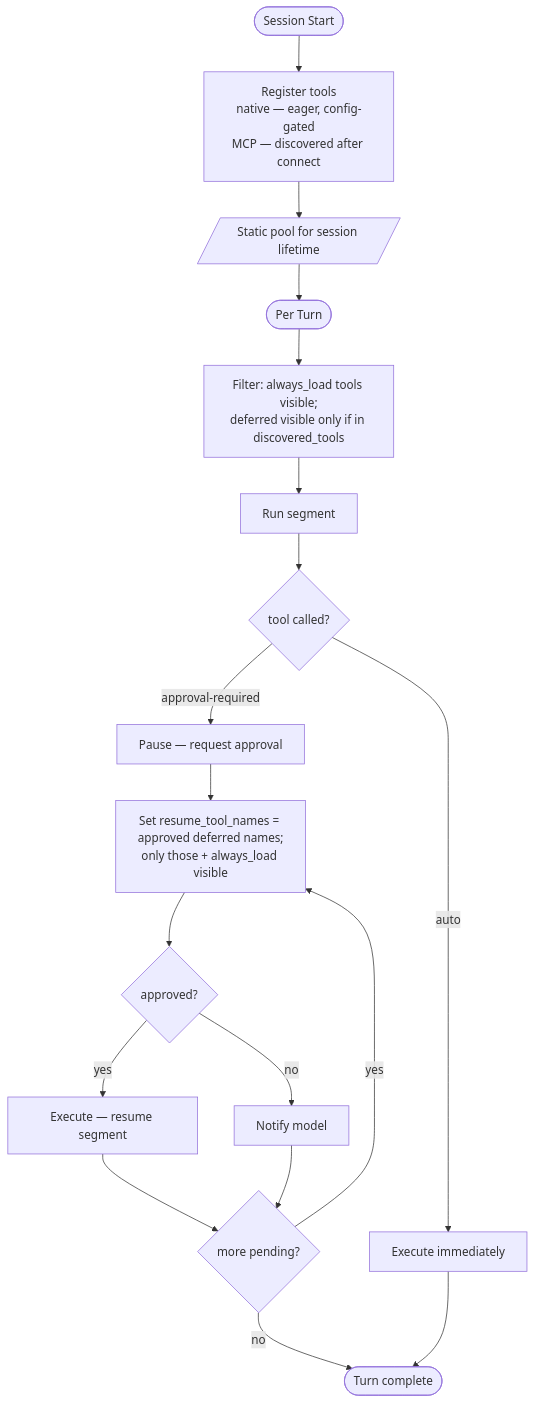
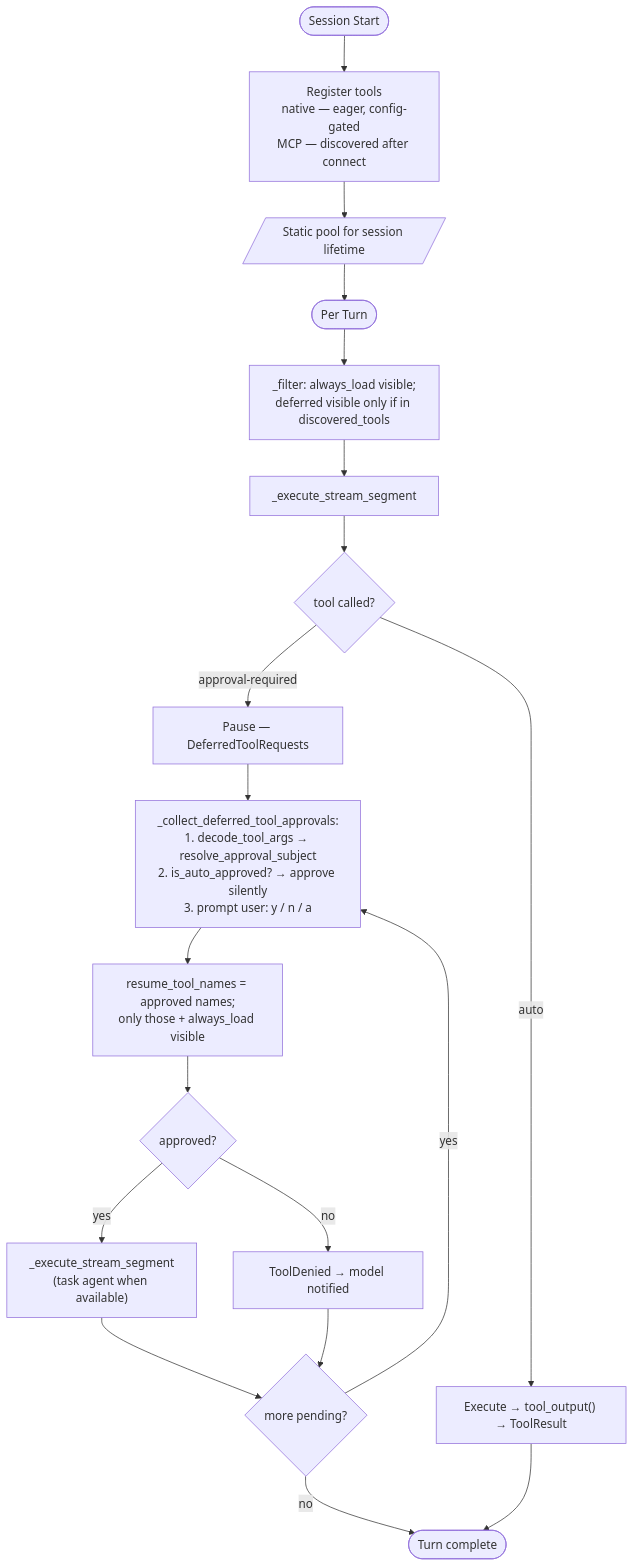
Before and after one commit to binlecode/co-cli: the diagram in docs/DESIGN-tools.md, drawn with Mermaid. The commit also changed other lines of this file and 31 other files, not shown here.

First line of the commit message:
refactor: tool result foundation — close gateway bypasses, fix naming, prepare ctx

````diff
--- a/docs/DESIGN-tools.md
+++ b/docs/DESIGN-tools.md
@@ -128,24 +82,25 @@
 ```mermaid
 flowchart TD
     S([Session Start]) --> REG["Register tools\nnative — eager, config-gated\nMCP — discovered after connect"]
     REG --> POOL[/"Static pool for session lifetime"/]
 
     POOL --> TURN([Per Turn])
-    TURN --> MAIN["Filter: always_load tools visible;\ndeferred visible only if in discovered_tools"]
-    MAIN --> SEG[Run segment]
+    TURN --> FILTER["_filter: always_load visible;\ndeferred visible only if in discovered_tools"]
+    FILTER --> SEG[_execute_stream_segment]
     SEG --> T{tool called?}
 
-    T -->|auto| EX[Execute immediately]
-    T -->|approval-required| PAUSE[Pause — request approval]
+    T -->|auto| EX["Execute → tool_output() → ToolResult"]
+    T -->|approval-required| PAUSE["Pause — DeferredToolRequests"]
 
-    PAUSE --> NARROW["Set resume_tool_names = approved deferred names;\nonly those + always_load visible"]
+    PAUSE --> COLLECT["_collect_deferred_tool_approvals:\n1. decode_tool_args → resolve_approval_subject\n2. is_auto_approved? → approve silently\n3. prompt user: y / n / a"]
+    COLLECT --> NARROW["resume_tool_names = approved names;\nonly those + always_load visible"]
     NARROW --> AP{approved?}
-    AP -->|yes| RESUME[Execute — resume segment]
-    AP -->|no| DENY[Notify model]
+    AP -->|yes| RESUME["_execute_stream_segment\n(task agent when available)"]
+    AP -->|no| DENY["ToolDenied → model notified"]
     RESUME --> MORE{more pending?}
     DENY --> MORE
-    MORE -->|yes| NARROW
+    MORE -->|yes| COLLECT
     MORE -->|no| DONE
 
     EX --> DONE([Turn complete])
 ```
````
